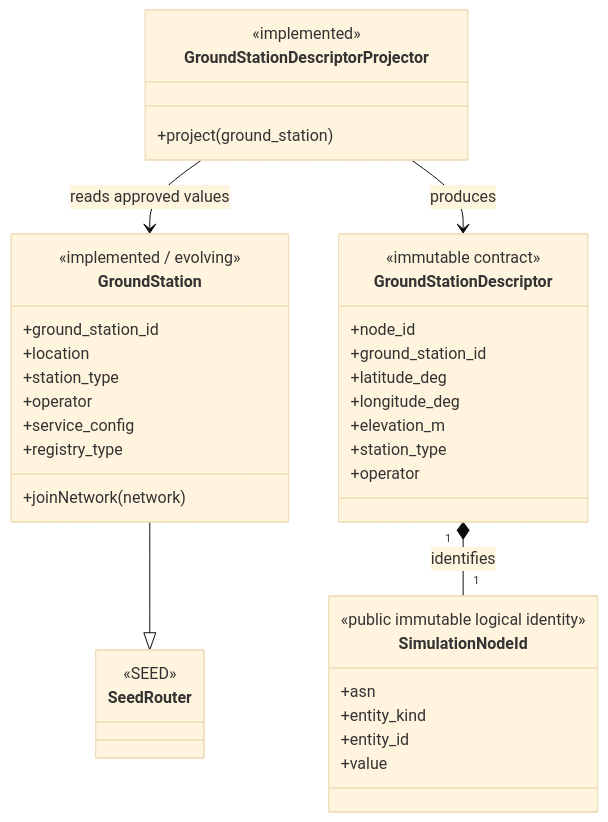
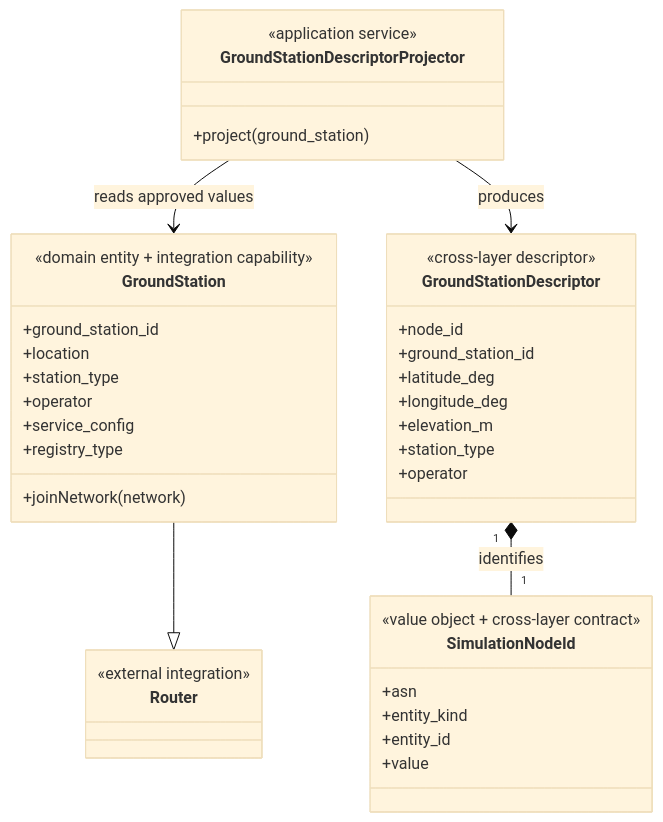
Before and after one commit to seed-labs/skyseed: the diagram in skyseed_v2/docs/design/static-ground-station-emulator.md, drawn with Mermaid (base theme). The commit also changed 43 other files, not shown here.

Commit message:
Finalize Emulator terminology and architecture traceability

````diff
--- a/skyseed_v2/docs/design/static-ground-station-emulator.md
+++ b/skyseed_v2/docs/design/static-ground-station-emulator.md
@@ -17,42 +17,42 @@
 ```mermaid
 classDiagram
     class GroundStation {
-        <<implemented / evolving>>
+        <<domain entity + integration capability>>
         +ground_station_id
         +location
         +station_type
         +operator
         +service_config
         +registry_type
         +joinNetwork(network)
     }
-    class SeedRouter {
-        <<SEED>>
+    class Router {
+        <<external integration>>
     }
     class GroundStationDescriptorProjector {
-        <<implemented>>
+        <<application service>>
         +project(ground_station)
     }
     class GroundStationDescriptor {
-        <<immutable contract>>
+        <<cross-layer descriptor>>
         +node_id
         +ground_station_id
         +latitude_deg
         +longitude_deg
         +elevation_m
         +station_type
         +operator
     }
     class SimulationNodeId {
-        <<public immutable logical identity>>
+        <<value object + cross-layer contract>>
         +asn
         +entity_kind
         +entity_id
         +value
     }
 
-    GroundStation --|> SeedRouter
+    GroundStation --|> Router
     GroundStationDescriptorProjector --> GroundStation : reads approved values
     GroundStationDescriptorProjector --> GroundStationDescriptor : produces
     GroundStationDescriptor "1" *-- "1" SimulationNodeId : identifies
 ```
````
